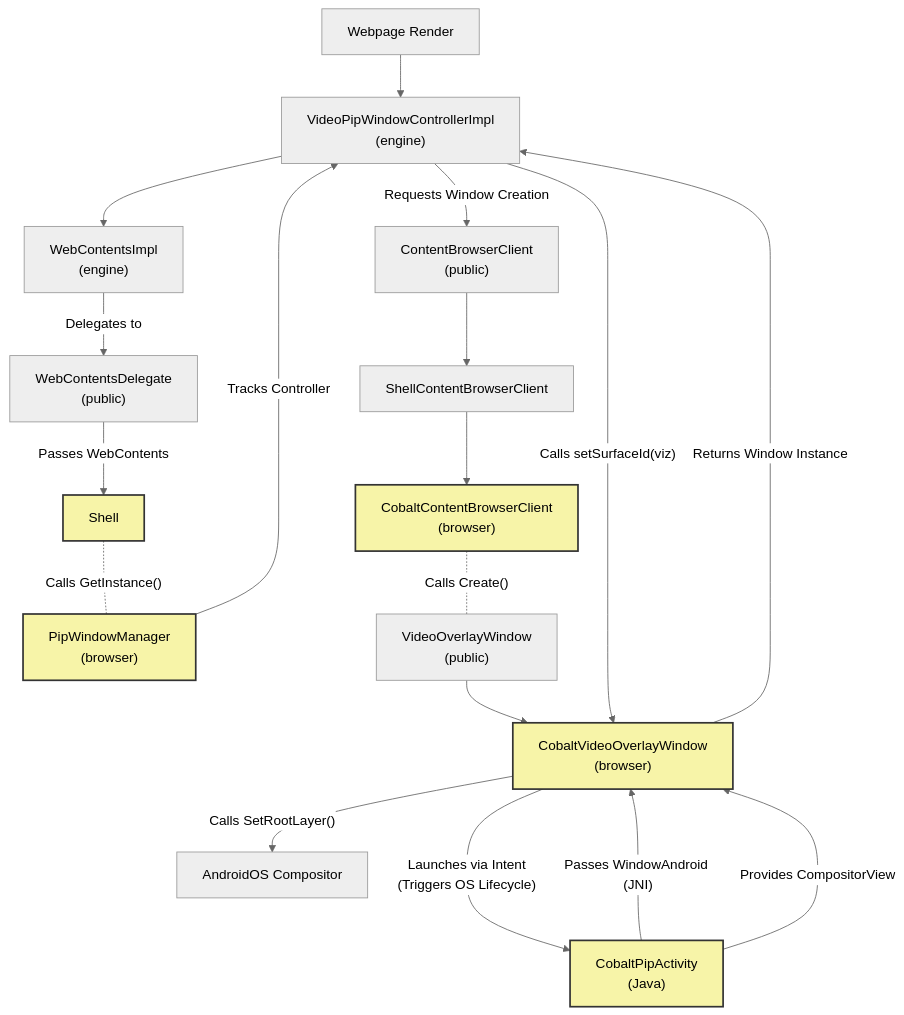
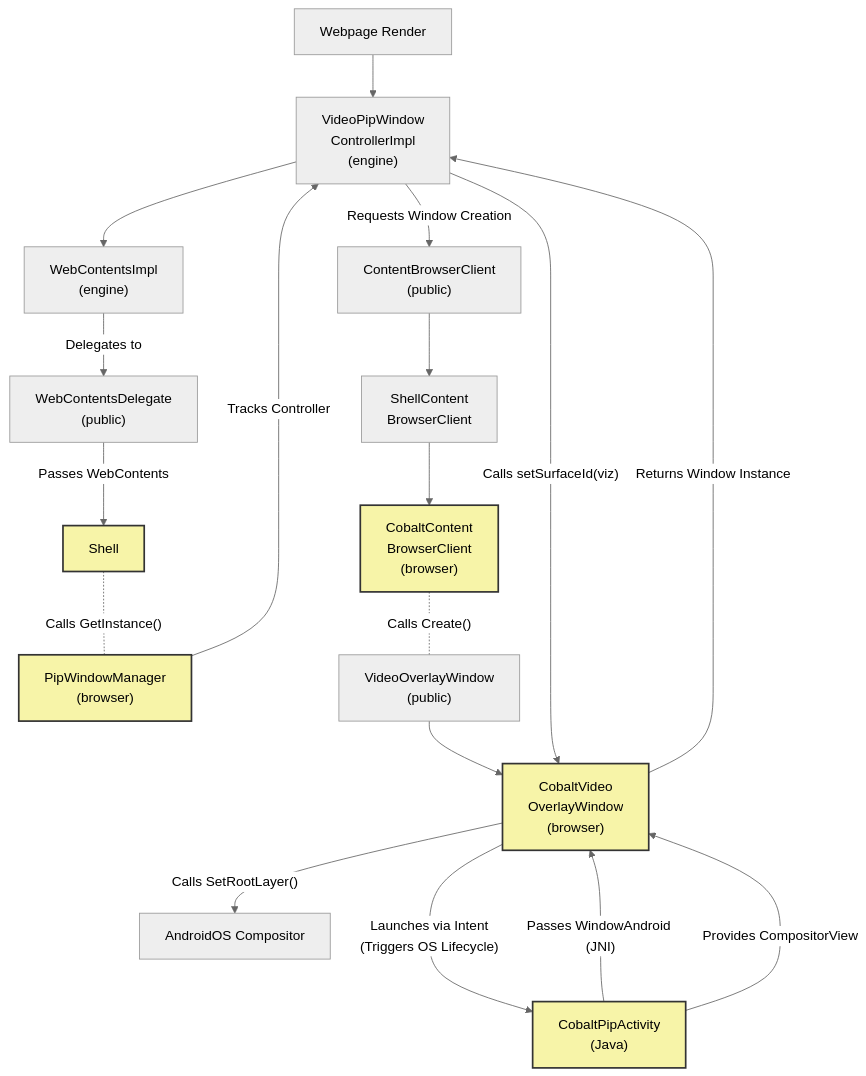
One commit to youtube/cobalt changed the second of 2 diagrams in cobalt/shell/browser/picture_in_picture/README.md. Above: the diagram before and after it, drawn with Mermaid (neutral theme). The commit also changed other lines of this file and 6 other files, not shown here.

````diff
--- a/cobalt/shell/browser/picture_in_picture/README.md
+++ b/cobalt/shell/browser/picture_in_picture/README.md
@@ -59,35 +69,48 @@
 ```mermaid
-graph TD
+flowchart TD
     %% --- TOP ENTRY ---
-    Webpage[Webpage Render] --> VideoPipControllerImpl["VideoPipWindowControllerImpl<br>(engine)"]
+    Webpage["`Webpage Render`"] --> VideoPipControllerImpl["`VideoPipWindow
+ControllerImpl
+(engine)`"]
 
     %% --- MIDDLE BRANCHES (Delegation) ---
-    VideoPipControllerImpl --> WebContentsImpl["WebContentsImpl<br>(engine)"]
-    WebContentsImpl -- "Delegates to" --> WebContentsDelegate["WebContentsDelegate<br>(public)"]
-    WebContentsDelegate -- "Passes WebContents" --> Shell[Shell]:::Style
-    Shell -."Calls GetInstance()" .- PipWindowManager["PipWindowManager<br>(browser)"]:::Style
+    VideoPipControllerImpl --> WebContentsImpl["`WebContentsImpl
+(engine)`"]
+    WebContentsImpl -- "Delegates to" --> WebContentsDelegate["`WebContentsDelegate
+(public)`"]
+    WebContentsDelegate -- "Passes WebContents" --> Shell["`Shell`"]:::Style
+    Shell -."Calls GetInstance()" .- PipWindowManager["`PipWindowManager
+(browser)`"]:::Style
     PipWindowManager -- "Tracks Controller" ---> VideoPipControllerImpl
 
     %% --- THE BROWSER CLIENT (Interception) ---
-    VideoPipControllerImpl -- "Requests Window Creation" --> ContentBrowserClient["ContentBrowserClient<br>(public)"]
-    ContentBrowserClient --> ShellContentBrowserClient[ShellContentBrowserClient]
-    ShellContentBrowserClient --> CobaltContentBrowserClient["CobaltContentBrowserClient<br>(browser)"]:::Style
-    CobaltContentBrowserClient -. "Calls Create()" .- VideoOverlayWindow["VideoOverlayWindow<br>(public)"]
+    VideoPipControllerImpl -- "Requests Window Creation" --> ContentBrowserClient["`ContentBrowserClient
+(public)`"]
+    ContentBrowserClient --> ShellContentBrowserClient["`ShellContent
+BrowserClient`"]
+    ShellContentBrowserClient --> CobaltContentBrowserClient["`CobaltContent
+BrowserClient
+(browser)`"]:::Style
+    CobaltContentBrowserClient -. "Calls Create()" .- VideoOverlayWindow["`VideoOverlayWindow
+(public)`"]
 
-    VideoOverlayWindow --> CobaltVideoOverlayWindow["CobaltVideoOverlayWindow<br>(browser)"]:::Style
+    VideoOverlayWindow --> CobaltVideoOverlayWindow["`CobaltVideo
+OverlayWindow
+(browser)`"]:::Style
     CobaltVideoOverlayWindow -- "Returns Window Instance" ---> VideoPipControllerImpl
 
     %% --- THE ASYNC RACE CONDITION ---
     %% Pipeline A: The Video Texture
     VideoPipControllerImpl -- "Calls setSurfaceId(viz)" --> CobaltVideoOverlayWindow
 
     %% Pipeline B: The Android UI
-    CobaltVideoOverlayWindow -- "Launches via Intent<br>(Triggers OS Lifecycle)" --> CobaltPipActivity["CobaltPipActivity<br>(Java)"]:::Style
+    CobaltVideoOverlayWindow -- "Launches via Intent<br>(Triggers OS Lifecycle)" --> CobaltPipActivity["`CobaltPipActivity
+(Java)`"]:::Style
     CobaltPipActivity -- "Passes WindowAndroid (JNI)" ---> CobaltVideoOverlayWindow
     CobaltPipActivity -- "Provides CompositorView" ---> CobaltVideoOverlayWindow
 
     %% --- THE BRIDGE ---
-    CobaltVideoOverlayWindow -- "Calls SetRootLayer()" --> AndroidOS[AndroidOS Compositor]
+    CobaltVideoOverlayWindow -- "Calls SetRootLayer()" --> AndroidOS["`AndroidOS Compositor`"]
 
     classDef Style fill:#F7F4A8,stroke:#333,stroke-width:2px,color:black
 ```
````
